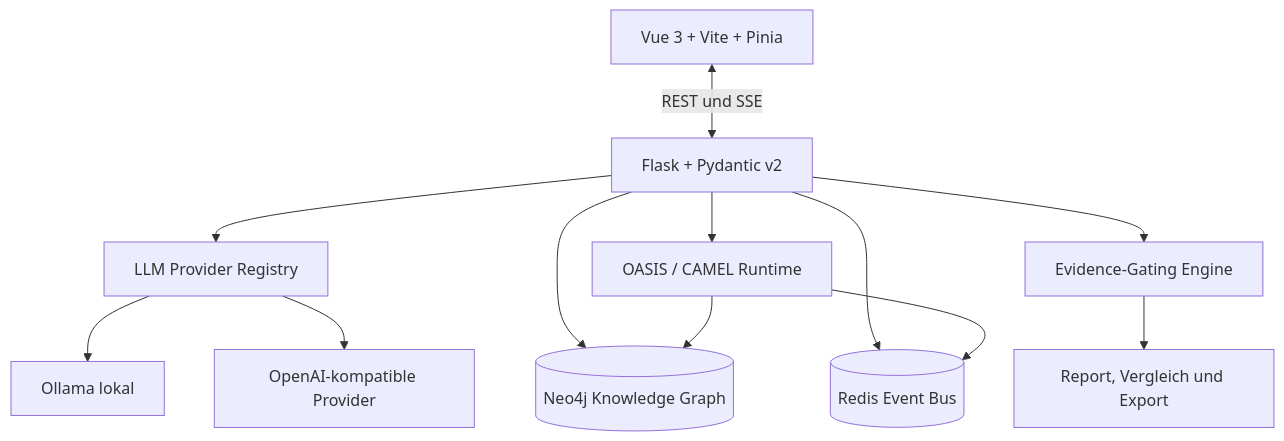
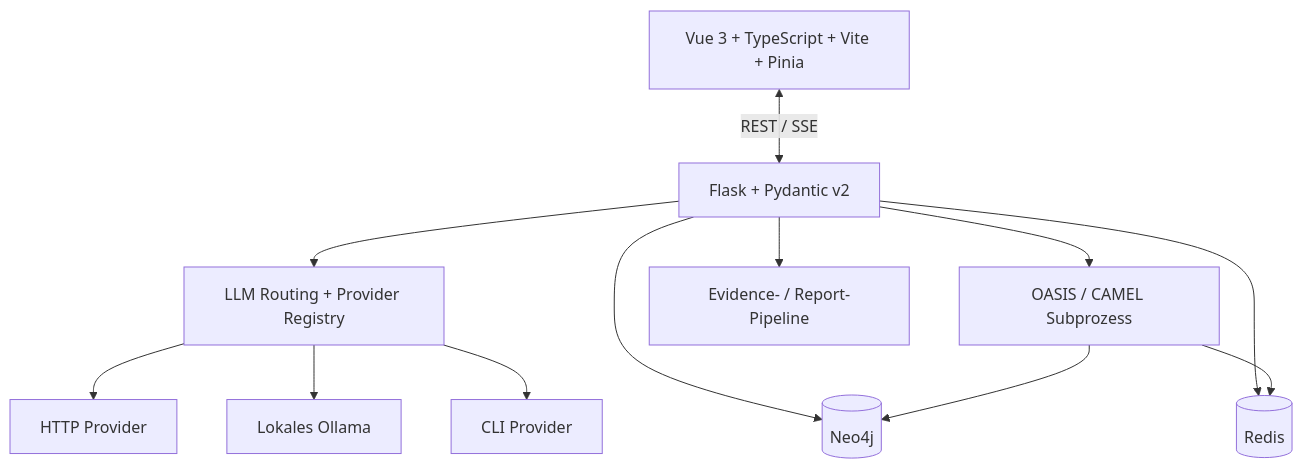
Before and after one commit to arn0ld87/agora: the second of 2 diagrams in README.de.md, drawn with Mermaid. The commit also changed other lines of this file and 29 other files, not shown here.

````diff
--- a/README.de.md
+++ b/README.de.md
@@ -200,14 +108,14 @@
 ```mermaid
 graph TD
-    UI[Vue 3 + Vite + Pinia] <-->|REST und SSE| API[Flask + Pydantic v2]
-    API --> REG[LLM Provider Registry]
-    REG --> LOCAL[Ollama lokal]
-    REG --> CLOUD[OpenAI-kompatible Provider]
-    API --> NEO[(Neo4j Knowledge Graph)]
-    API --> REDIS[(Redis Event Bus)]
-    API --> OASIS[OASIS / CAMEL Runtime]
+    UI[Vue 3 + TypeScript + Vite + Pinia] <-->|REST / SSE| API[Flask + Pydantic v2]
+    API --> ROUTE[LLM Routing + Provider Registry]
+    ROUTE --> HTTP[HTTP Provider]
+    ROUTE --> LOCAL[Lokales Ollama]
+    ROUTE --> CLI[CLI Provider]
+    API --> NEO[(Neo4j)]
+    API --> REDIS[(Redis)]
+    API --> OASIS[OASIS / CAMEL Subprozess]
     OASIS --> REDIS
     OASIS --> NEO
-    API --> EVIDENCE[Evidence-Gating Engine]
-    EVIDENCE --> REPORT[Report, Vergleich und Export]
+    API --> REPORT[Evidence- / Report-Pipeline]
 ```
````
